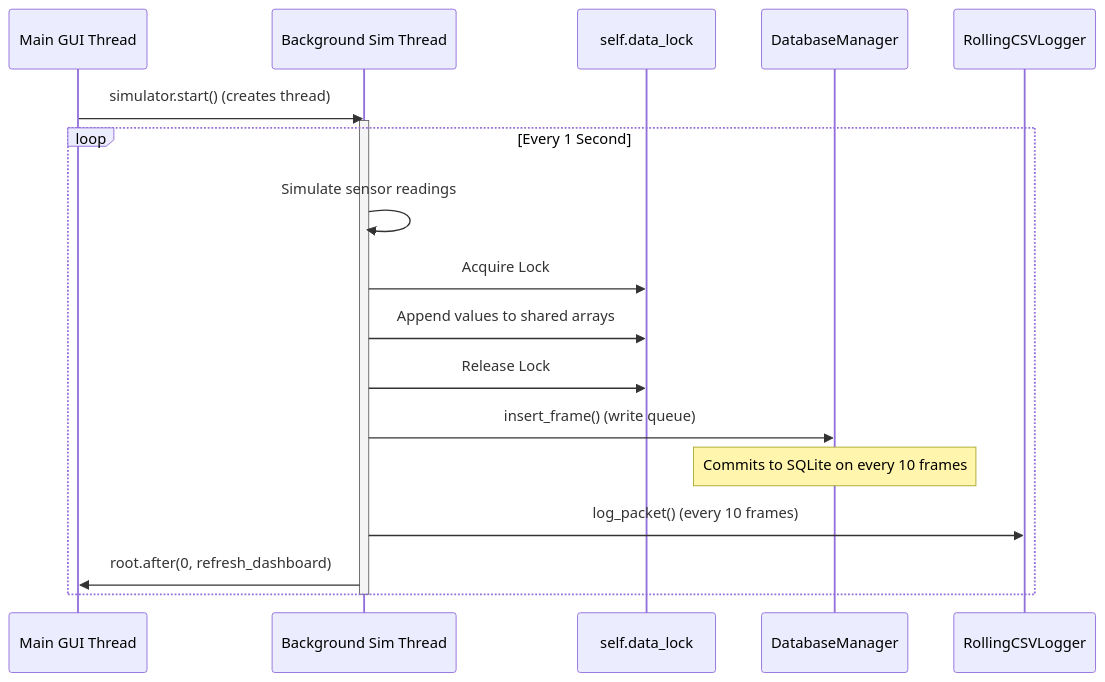
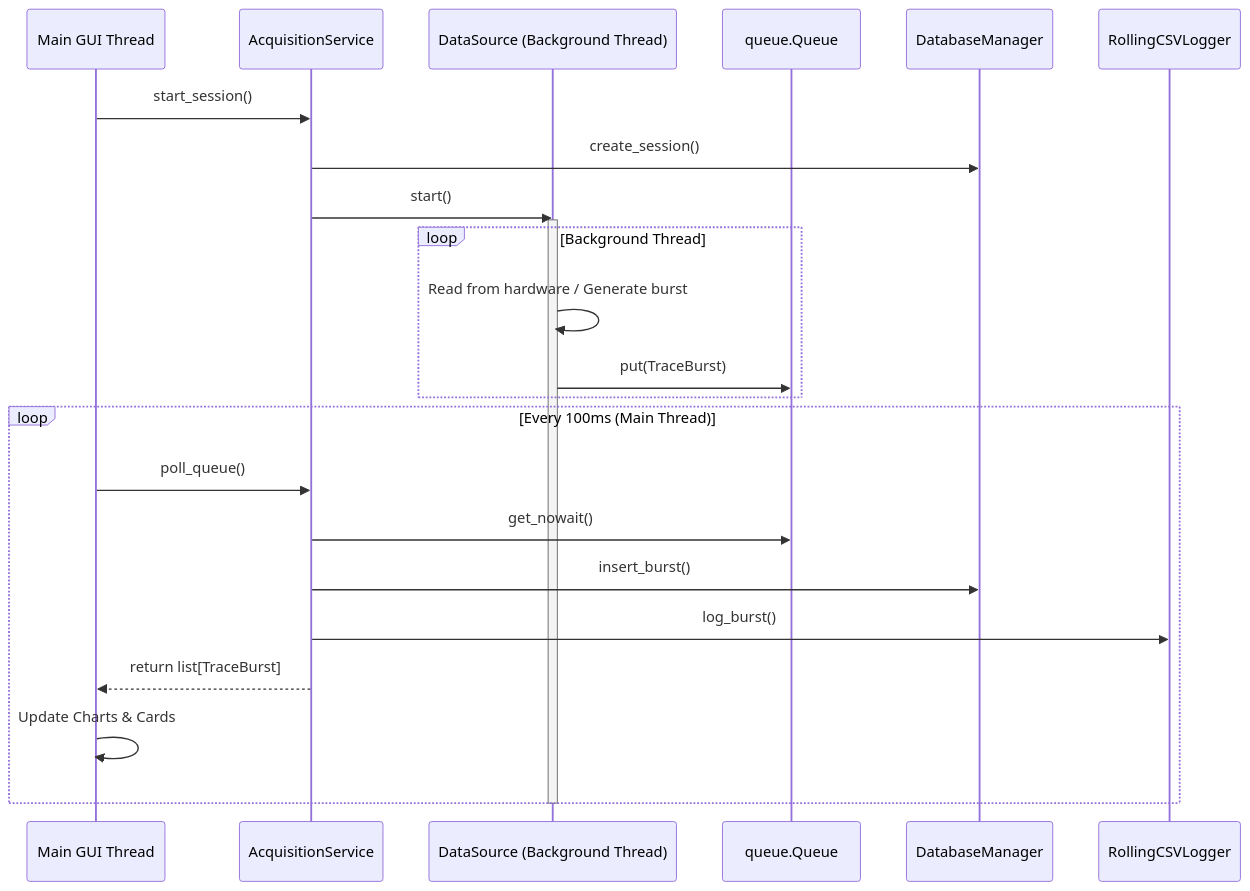
The second of 2 diagrams in docs/WORKFLOW.md (Pranit-DC/Telemetry_Dashboard), drawn with Mermaid before and after one commit. The commit also changed other lines of this file and 113 other files, not shown here.

````diff
--- a/docs/WORKFLOW.md
+++ b/docs/WORKFLOW.md
@@ -52,22 +55,29 @@
 ```mermaid
 sequenceDiagram
-    participant MainThread as Main GUI Thread
-    participant SimThread as Background Sim Thread
-    participant Lock as self.data_lock
+    participant UI as Main GUI Thread
+    participant Acq as AcquisitionService
+    participant Src as DataSource (Background Thread)
+    participant Q as queue.Queue
     participant DB as DatabaseManager
     participant CSV as RollingCSVLogger
 
-    MainThread->>SimThread: simulator.start() (creates thread)
-    activate SimThread
-    loop Every 1 Second
-        SimThread->>SimThread: Simulate sensor readings
-        SimThread->>Lock: Acquire Lock
-        SimThread->>Lock: Append values to shared arrays
-        SimThread->>Lock: Release Lock
-        SimThread->>DB: insert_frame() (write queue)
-        Note over DB: Commits to SQLite on every 10 frames
-        SimThread->>CSV: log_packet() (every 10 frames)
-        SimThread->>MainThread: root.after(0, refresh_dashboard)
+    UI->>Acq: start_session()
+    Acq->>DB: create_session()
+    Acq->>Src: start()
+    activate Src
+    
+    loop Background Thread
+        Src->>Src: Read from hardware / Generate burst
+        Src->>Q: put(TraceBurst)
     end
-    deactivate SimThread
+    
+    loop Every 100ms (Main Thread)
+        UI->>Acq: poll_queue()
+        Acq->>Q: get_nowait()
+        Acq->>DB: insert_burst()
+        Acq->>CSV: log_burst()
+        Acq-->>UI: return list[TraceBurst]
+        UI->>UI: Update Charts & Cards
+    end
+    deactivate Src
 ```
````
